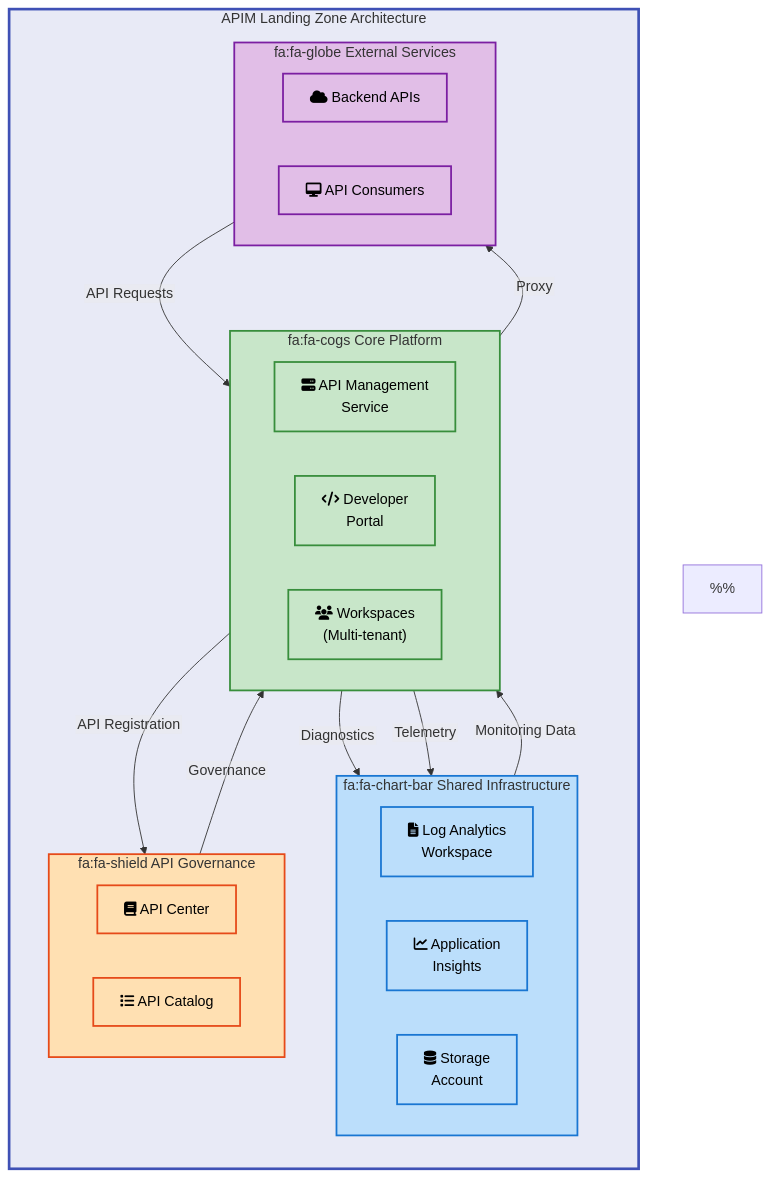
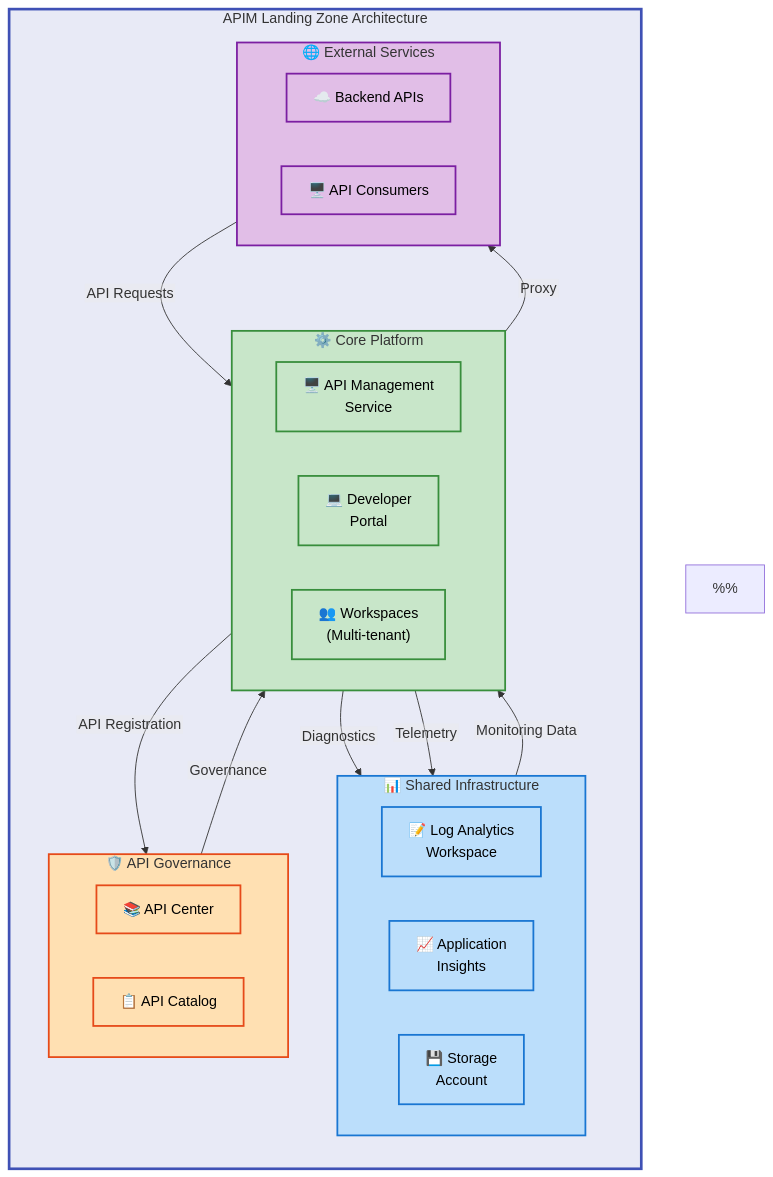
The diagram in README.md (Evilazaro/APIM-Accelerator), drawn with Mermaid before and after one commit.

Commit message:
Enhance flowchart in README.md with updated icons and labels for improved clarity and visual appeal

````diff
--- a/README.md
+++ b/README.md
@@ -41,82 +41,82 @@
 ```mermaid
 %%{init: {"flowchart": {"htmlLabels": false}} }%%
 flowchart TB
     %% ============================================
     %% STANDARD COLOR SCHEME - DO NOT MODIFY
     %% ============================================
     %% Main Group Level (Neutral background)
     classDef mainGroup fill:#E8EAF6,stroke:#3F51B5,stroke-width:3px,color:#000
 
     %% Sub Group Level (Semantic colors for functional siblings)
     classDef mdBlue fill:#BBDEFB,stroke:#1976D2,stroke-width:2px,color:#000
     classDef mdGreen fill:#C8E6C9,stroke:#388E3C,stroke-width:2px,color:#000
     classDef mdOrange fill:#FFE0B2,stroke:#E64A19,stroke-width:2px,color:#000
     classDef mdPurple fill:#E1BEE7,stroke:#7B1FA2,stroke-width:2px,color:#000
     classDef mdTeal fill:#B2DFDB,stroke:#00796B,stroke-width:2px,color:#000
     classDef mdYellow fill:#FFF9C4,stroke:#F57F17,stroke-width:2px,color:#000
     %% ============================================
     %% COLOR SCHEME DOCUMENTATION
     %% ============================================
     %% Level 1 (Main Container): Indigo 50 (#E8EAF6)
     %%   - Used for: Top-level system container
     %%   - Purpose: Visual hierarchy and architectural boundary
     %%   - Stroke: Indigo 500 (#3F51B5), 3px
     %%
     %% Level 2 (Functional Siblings): Semantic colors
     %%   - Shared Infrastructure (Monitoring): Blue (#BBDEFB)
     %%   - Core Platform (API Services): Green (#C8E6C9)
     %%   - API Governance (Management): Orange (#FFE0B2)
     %%   - External Services (Integration): Purple (#E1BEE7)
     %%
     %% Icons: Font Awesome semantic icons for clarity
     %%   - fa:fa-file-text (Logs), fa:fa-chart-line (Insights)
     %%   - fa:fa-server (API), fa:fa-code (Portal)
     %%   - fa:fa-book (Center), fa:fa-cloud (Backends)
     %% ============================================
 
     subgraph system["APIM Landing Zone Architecture"]
         direction TB
 
-        subgraph shared["fa:fa-chart-bar Shared Infrastructure"]
+        subgraph shared["📊 Shared Infrastructure"]
             direction LR
-            logs["fa:fa-file-text Log Analytics<br/>Workspace"]:::mdBlue
-            insights["fa:fa-chart-line Application<br/>Insights"]:::mdBlue
-            storage["fa:fa-database Storage<br/>Account"]:::mdBlue
+            logs["📝 Log Analytics<br/>Workspace"]:::mdBlue
+            insights["📈 Application<br/>Insights"]:::mdBlue
+            storage["💾 Storage<br/>Account"]:::mdBlue
         end
 
-        subgraph core["fa:fa-cogs Core Platform"]
+        subgraph core["⚙️ Core Platform"]
             direction LR
-            apim["fa:fa-server API Management<br/>Service"]:::mdGreen
-            devportal["fa:fa-code Developer<br/>Portal"]:::mdGreen
-            workspaces["fa:fa-users Workspaces<br/>(Multi-tenant)"]:::mdGreen
+            apim["🖥️ API Management<br/>Service"]:::mdGreen
+            devportal["💻 Developer<br/>Portal"]:::mdGreen
+            workspaces["👥 Workspaces<br/>(Multi-tenant)"]:::mdGreen
         end
 
-        subgraph inventory["fa:fa-shield API Governance"]
+        subgraph inventory["🛡️ API Governance"]
             direction LR
-            apicenter["fa:fa-book API Center"]:::mdOrange
-            catalog["fa:fa-list API Catalog"]:::mdOrange
+            apicenter["📚 API Center"]:::mdOrange
+            catalog["📋 API Catalog"]:::mdOrange
         end
 
-        subgraph external["fa:fa-globe External Services"]
+        subgraph external["🌐 External Services"]
             direction LR
-            backends["fa:fa-cloud Backend APIs"]:::mdPurple
-            clients["fa:fa-desktop API Consumers"]:::mdPurple
+            backends["☁️ Backend APIs"]:::mdPurple
+            clients["🖥️ API Consumers"]:::mdPurple
         end
 
         %% Relationships with descriptive labels
         shared -->|Monitoring Data| core
         core -->|API Registration| inventory
         clients -->|API Requests| apim
         apim -->|Proxy| backends
         apim -->|Diagnostics| logs
         apim -->|Telemetry| insights
         apicenter -->|Governance| apim
     end
 
     %% Apply style directives to ALL subgraphs
     style system fill:#E8EAF6,stroke:#3F51B5,stroke-width:3px
     style shared fill:#BBDEFB,stroke:#1976D2,stroke-width:2px
     style core fill:#C8E6C9,stroke:#388E3C,stroke-width:2px
     style inventory fill:#FFE0B2,stroke:#E64A19,stroke-width:2px
     style external fill:#E1BEE7,stroke:#7B1FA2,stroke-width:2px
 ```
````
